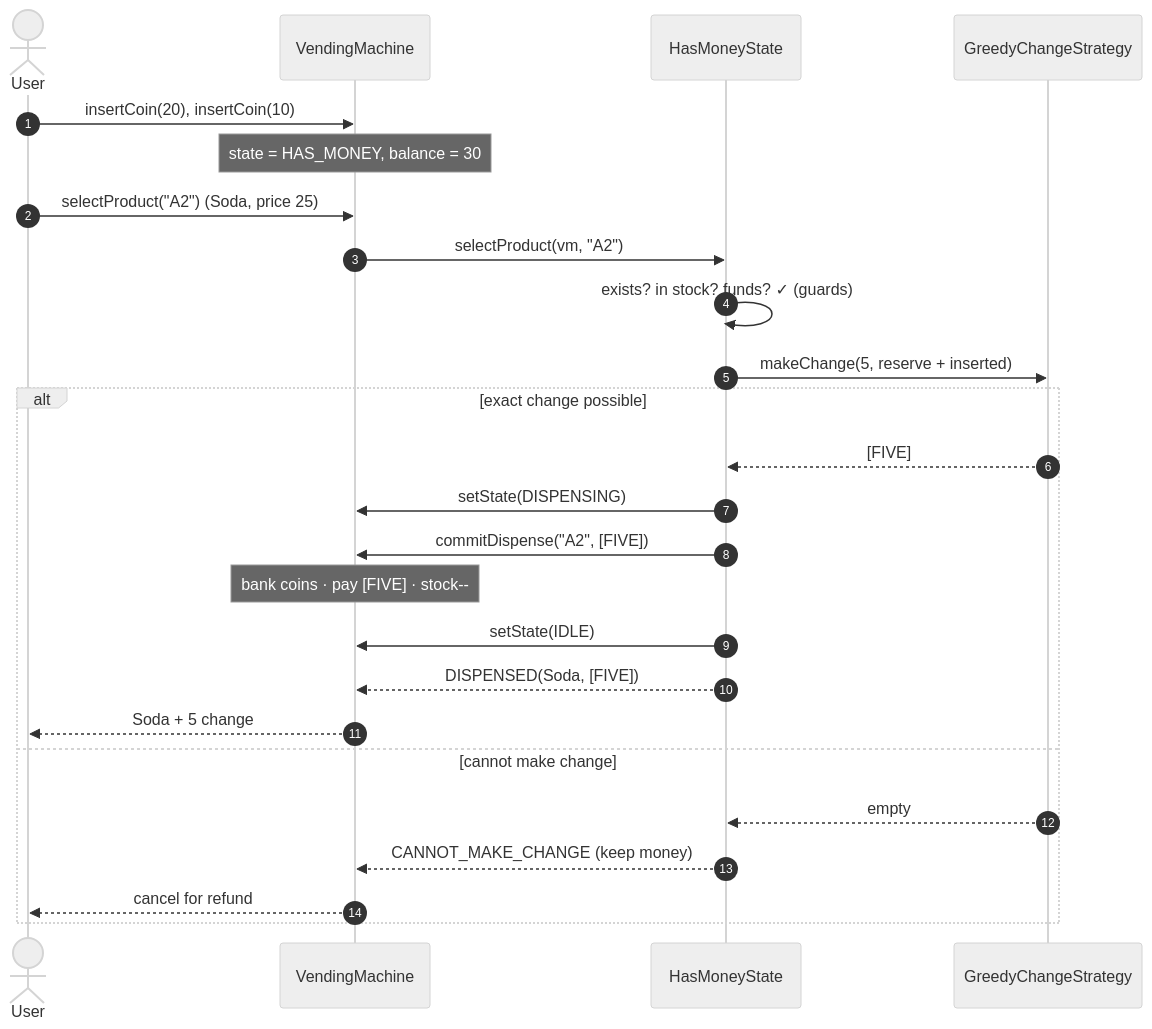
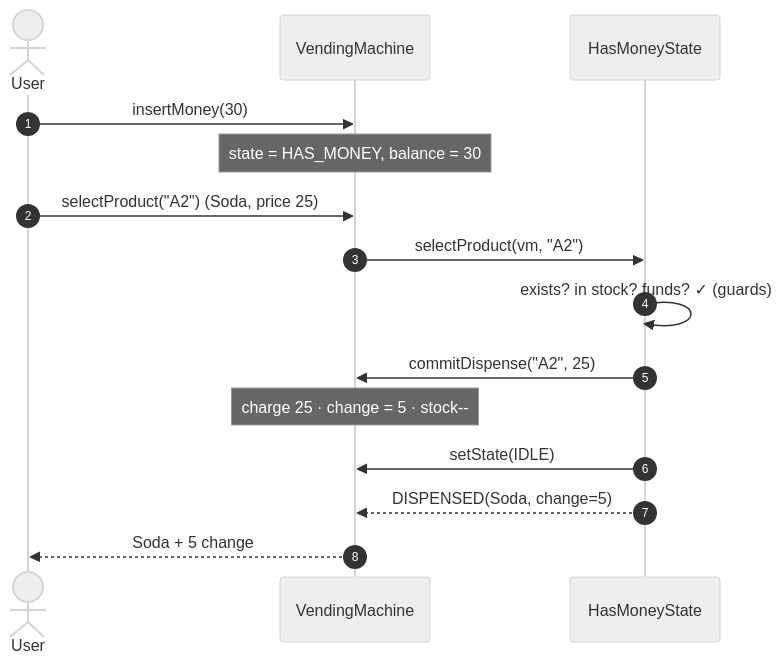
The diagram in src/MachineCoding_LLD/LLD_Interview_Problems/_02_Easy_VendingMachine/assets/purchase-sequence.mmd (AlvinBAnerjee/Interview_and_Competitive_Programming), drawn with Mermaid before and after one commit. The commit also changed 20 other files, not shown here.

```diff
--- a/src/MachineCoding_LLD/LLD_Interview_Problems/_02_Easy_VendingMachine/assets/purchase-sequence.mmd
+++ b/src/MachineCoding_LLD/LLD_Interview_Problems/_02_Easy_VendingMachine/assets/purchase-sequence.mmd
@@ -1,28 +1,18 @@
 %%{init: {'theme':'neutral', 'themeVariables': {'fontSize':'15px'}}}%%
 sequenceDiagram
     autonumber
     actor User
     participant VM as VendingMachine
     participant HM as HasMoneyState
-    participant CS as GreedyChangeStrategy
 
-    User->>VM: insertCoin(20), insertCoin(10)
+    User->>VM: insertMoney(30)
     Note over VM: state = HAS_MONEY, balance = 30
 
     User->>VM: selectProduct("A2")  (Soda, price 25)
     VM->>HM: selectProduct(vm, "A2")
     HM->>HM: exists? in stock? funds? ✓ (guards)
-    HM->>CS: makeChange(5, reserve + inserted)
-    alt exact change possible
-        CS-->>HM: [FIVE]
-        HM->>VM: setState(DISPENSING)
-        HM->>VM: commitDispense("A2", [FIVE])
-        Note over VM: bank coins · pay [FIVE] · stock--
-        HM->>VM: setState(IDLE)
-        HM-->>VM: DISPENSED(Soda, [FIVE])
-        VM-->>User: Soda + 5 change
-    else cannot make change
-        CS-->>HM: empty
-        HM-->>VM: CANNOT_MAKE_CHANGE (keep money)
-        VM-->>User: cancel for refund
-    end
+    HM->>VM: commitDispense("A2", 25)
+    Note over VM: charge 25 · change = 5 · stock--
+    HM->>VM: setState(IDLE)
+    HM-->>VM: DISPENSED(Soda, change=5)
+    VM-->>User: Soda + 5 change
```
